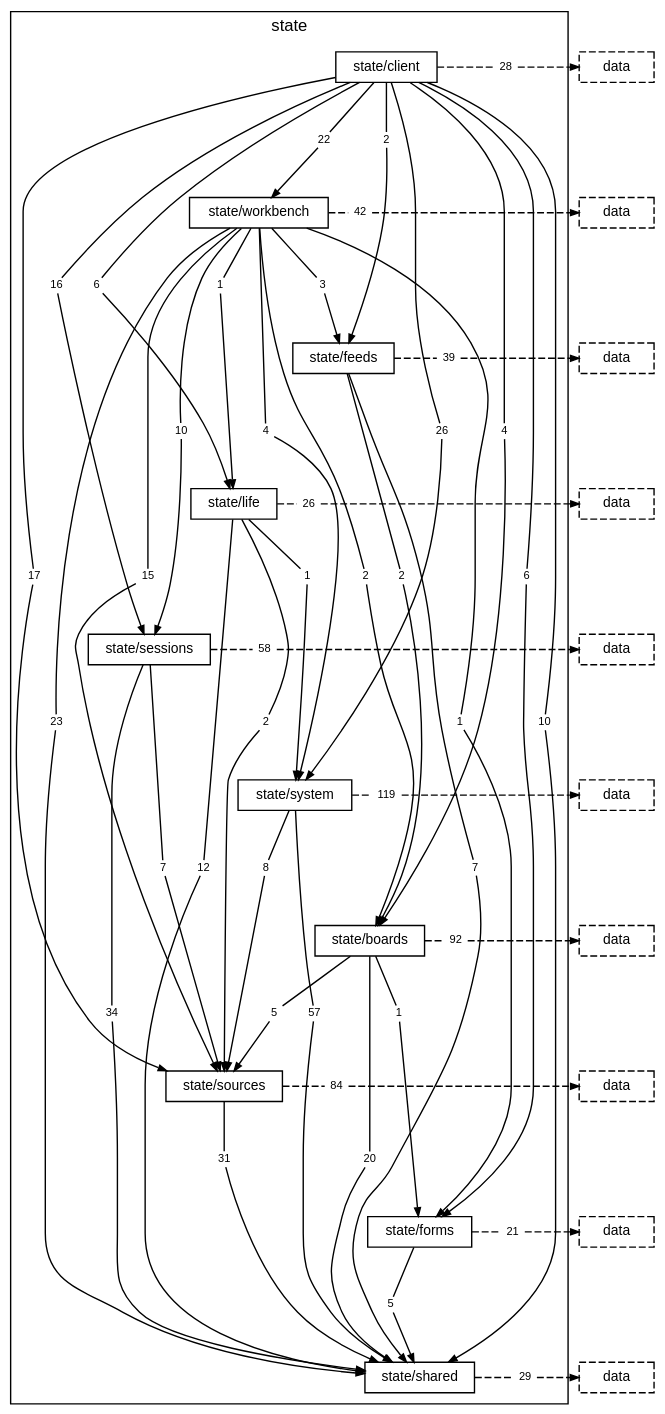
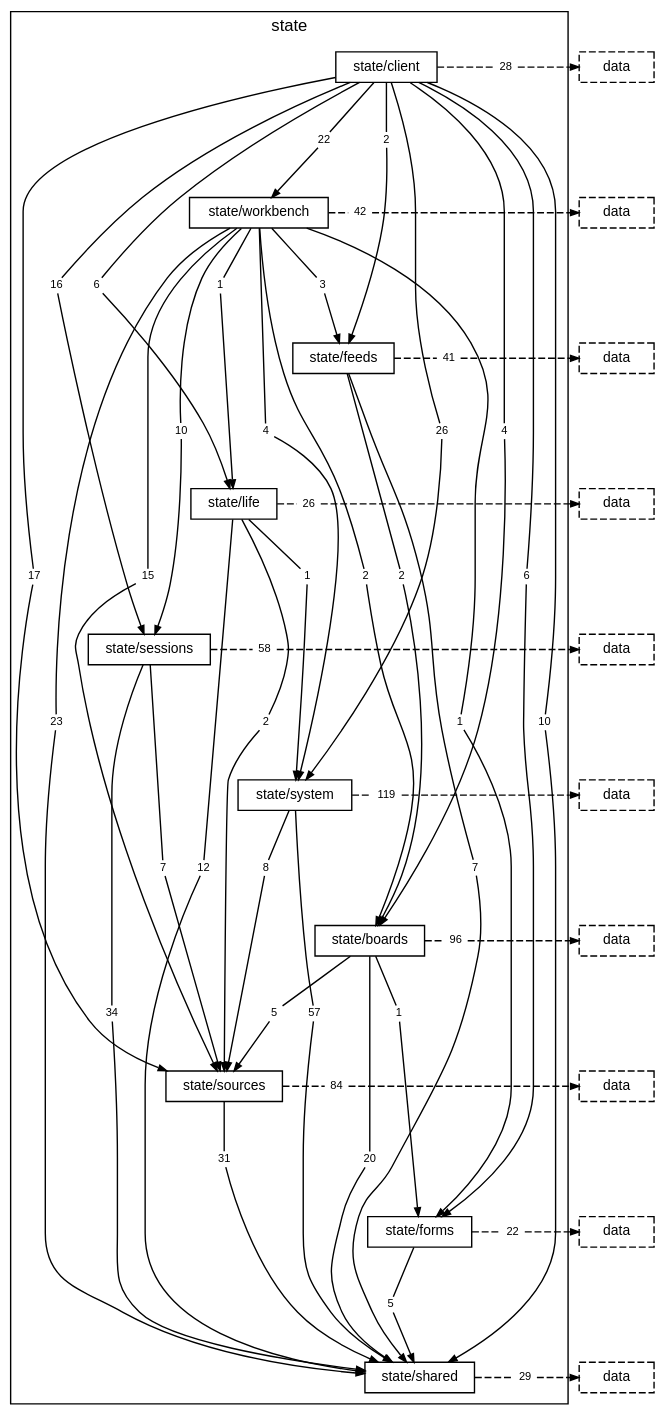
Before and after one commit to TheAxeC/oculus: the diagram in docs/diagrams/layer-state.dot, drawn with Graphviz. The commit also changed 80 other files, not shown here.

```diff
--- a/docs/diagrams/layer-state.dot
+++ b/docs/diagrams/layer-state.dot
@@ -35,7 +35,7 @@
         "folder state/workbench to layer data" [label="42", shape=box, color="transparent", fontsize=8, width=0, height=0, margin="0.04,0.02"];
         "folder state/feeds to folder state/boards" [label="2", shape=box, color="transparent", fontsize=8, width=0, height=0, margin="0.04,0.02"];
         "folder state/feeds to folder state/shared" [label="7", shape=box, color="transparent", fontsize=8, width=0, height=0, margin="0.04,0.02"];
-        "folder state/feeds to layer data" [label="39", shape=box, color="transparent", fontsize=8, width=0, height=0, margin="0.04,0.02"];
+        "folder state/feeds to layer data" [label="41", shape=box, color="transparent", fontsize=8, width=0, height=0, margin="0.04,0.02"];
         "folder state/life to folder state/shared" [label="12", shape=box, color="transparent", fontsize=8, width=0, height=0, margin="0.04,0.02"];
         "folder state/life to folder state/sources" [label="2", shape=box, color="transparent", fontsize=8, width=0, height=0, margin="0.04,0.02"];
         "folder state/life to folder state/system" [label="1", shape=box, color="transparent", fontsize=8, width=0, height=0, margin="0.04,0.02"];
@@ -49,11 +49,11 @@
         "folder state/boards to folder state/forms" [label="1", shape=box, color="transparent", fontsize=8, width=0, height=0, margin="0.04,0.02"];
         "folder state/boards to folder state/shared" [label="20", shape=box, color="transparent", fontsize=8, width=0, height=0, margin="0.04,0.02"];
         "folder state/boards to folder state/sources" [label="5", shape=box, color="transparent", fontsize=8, width=0, height=0, margin="0.04,0.02"];
-        "folder state/boards to layer data" [label="92", shape=box, color="transparent", fontsize=8, width=0, height=0, margin="0.04,0.02"];
+        "folder state/boards to layer data" [label="96", shape=box, color="transparent", fontsize=8, width=0, height=0, margin="0.04,0.02"];
         "folder state/sources to folder state/shared" [label="31", shape=box, color="transparent", fontsize=8, width=0, height=0, margin="0.04,0.02"];
         "folder state/sources to layer data" [label="84", shape=box, color="transparent", fontsize=8, width=0, height=0, margin="0.04,0.02"];
         "folder state/forms to folder state/shared" [label="5", shape=box, color="transparent", fontsize=8, width=0, height=0, margin="0.04,0.02"];
-        "folder state/forms to layer data" [label="21", shape=box, color="transparent", fontsize=8, width=0, height=0, margin="0.04,0.02"];
+        "folder state/forms to layer data" [label="22", shape=box, color="transparent", fontsize=8, width=0, height=0, margin="0.04,0.02"];
         "folder state/shared to layer data" [label="29", shape=box, color="transparent", fontsize=8, width=0, height=0, margin="0.04,0.02"];
     }
     "layer data from folder state/client" [label="data", style=dashed];
```
